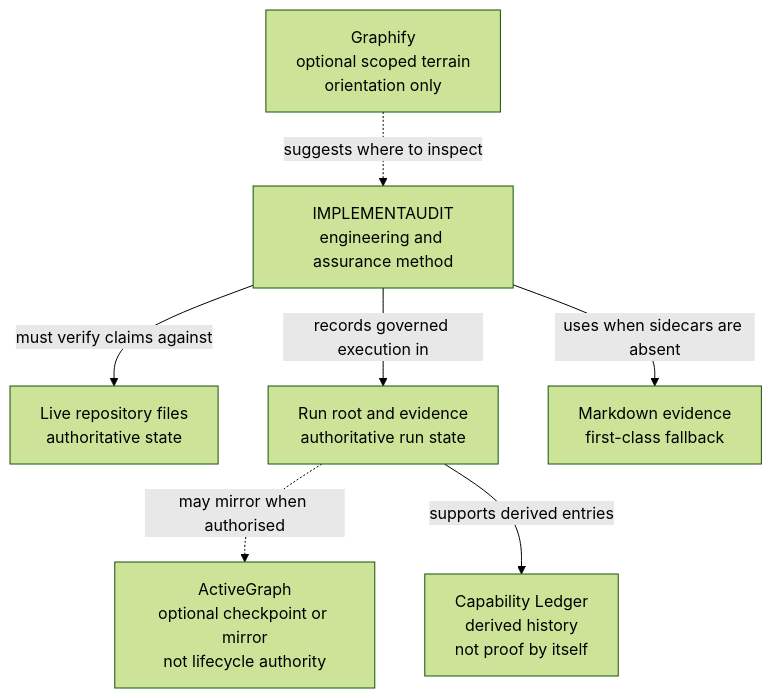
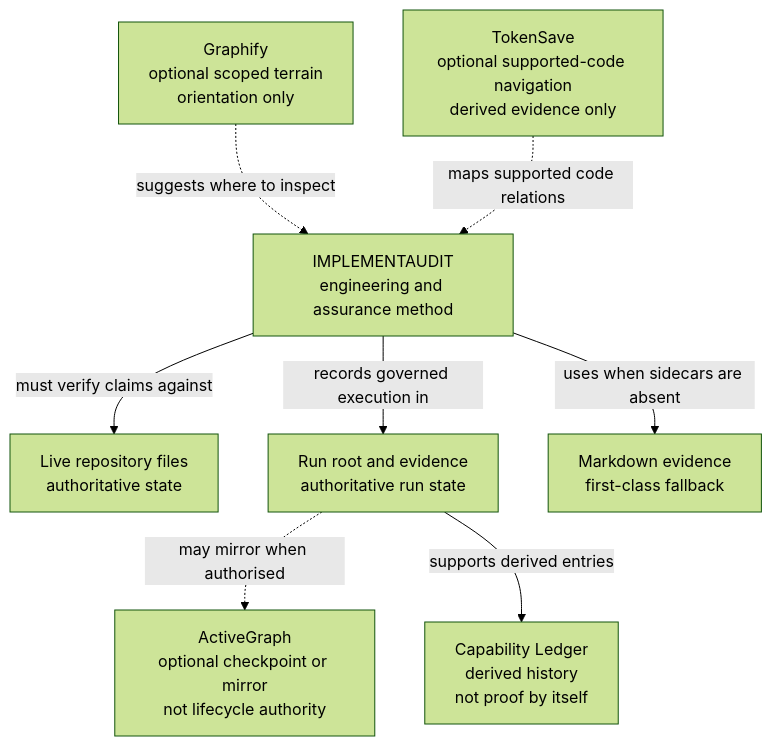
One commit to theislampill/IMPLEMENTAUDIT.md changed the first of 3 diagrams in README.md. Above: the diagram before and after it, drawn with Mermaid (forest theme). The commit also changed other lines of this file and 10 other files, not shown here.

Commit message:
feat(r27): add bounded TokenSave code navigation

````diff
--- a/README.md
+++ b/README.md
@@ -270,27 +270,31 @@
 ```mermaid
 flowchart TB
   G["`Graphify
   optional scoped terrain
   orientation only`"]
+  T["`TokenSave
+  optional supported-code navigation
+  derived evidence only`"]
   I["`IMPLEMENTAUDIT
   engineering and assurance method`"]
   L["`Live repository files
   authoritative state`"]
   R["`Run root and evidence
   authoritative run state`"]
   M["`Markdown evidence
   first-class fallback`"]
   A["`ActiveGraph
   optional checkpoint or mirror
   not lifecycle authority`"]
   C["`Capability Ledger
   derived history
   not proof by itself`"]
 
   G -.->|suggests where to inspect| I
+  T -.->|maps supported code relations| I
   I -->|must verify claims against| L
   I -->|records governed execution in| R
   R -.->|may mirror when authorised| A
   R -->|supports derived entries| C
   I -->|uses when sidecars are absent| M
 ```
````
